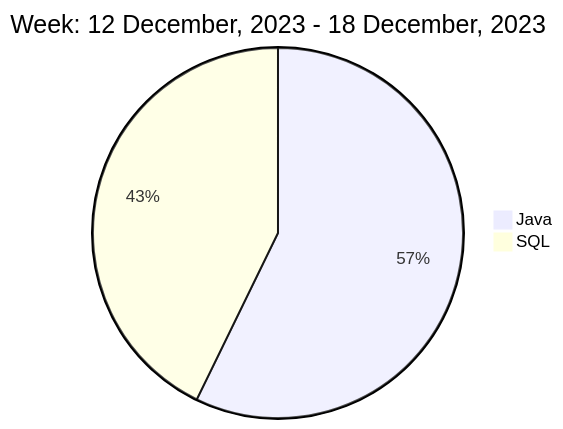
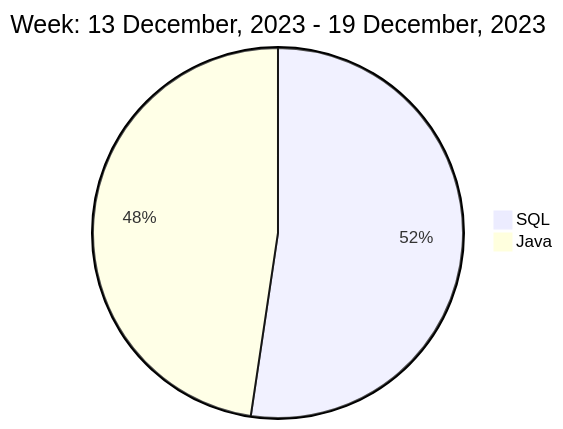
Before and after one commit to liubin95/liubin95: the diagram in README.md, drawn with Mermaid.

Commit message:
Updated the Graph with new Metrics

````diff
--- a/README.md
+++ b/README.md
@@ -37,6 +37,6 @@
 ```mermaid
  pie
-title Week: 12 December, 2023 - 18 December, 2023
- "Java" : 4.12
- "SQL" : 3.08
+title Week: 13 December, 2023 - 19 December, 2023
+ "SQL" : 2.45
+ "Java" : 2.23
 ```
````
